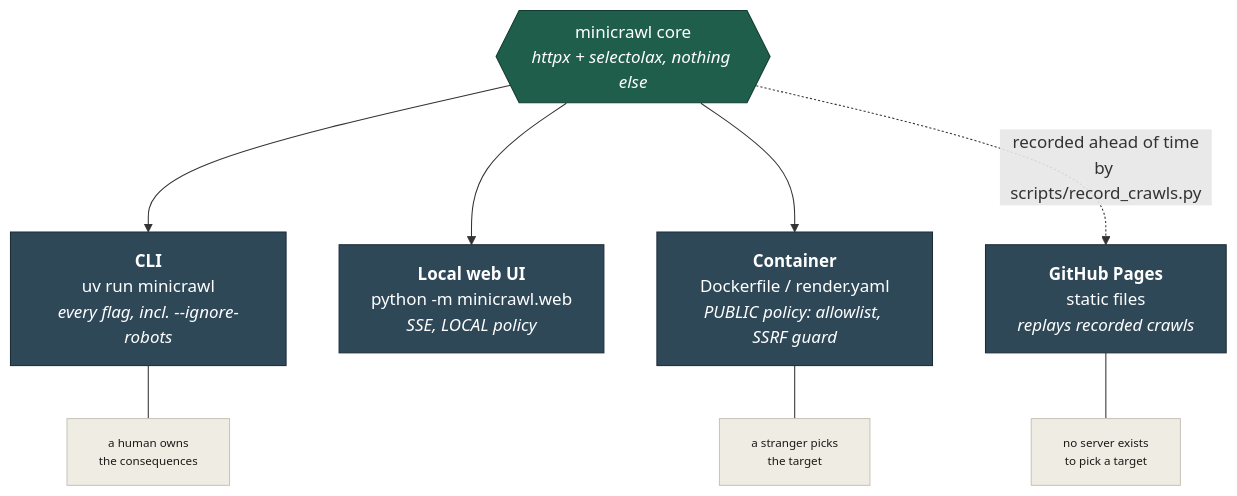
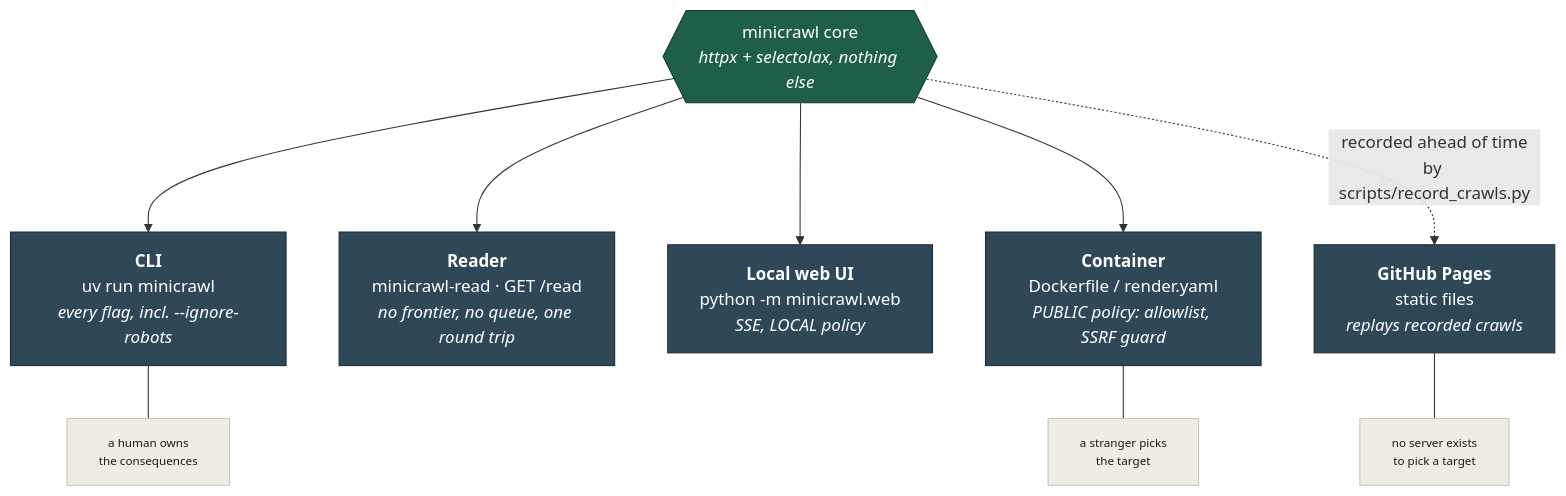
The third of 10 diagrams in docs/design.md (dipan010/minicrawl), drawn with Mermaid before and after one commit. The commit also changed other lines of this file and 11 other files, not shown here.

````diff
--- a/docs/design.md
+++ b/docs/design.md
@@ -118,20 +118,21 @@
 ```mermaid
 flowchart TB
   CORE{{"minicrawl core<br/><i>httpx + selectolax, nothing else</i>"}}:::core
 
   CLI["<b>CLI</b><br/>uv run minicrawl<br/><i>every flag, incl. --ignore-robots</i>"]:::v
+  READ["<b>Reader</b><br/>minicrawl-read · GET /read<br/><i>no frontier, no queue, one round trip</i>"]:::v
   WEB["<b>Local web UI</b><br/>python -m minicrawl.web<br/><i>SSE, LOCAL policy</i>"]:::v
   DOCK["<b>Container</b><br/>Dockerfile / render.yaml<br/><i>PUBLIC policy: allowlist, SSRF guard</i>"]:::v
   PAGES["<b>GitHub Pages</b><br/>static files<br/><i>replays recorded crawls</i>"]:::v
 
-  CORE --> CLI & WEB & DOCK
+  CORE --> CLI & READ & WEB & DOCK
   CORE -.->|"recorded ahead of time<br/>by scripts/record_crawls.py"| PAGES
 
   CLI --- N1["a human owns<br/>the consequences"]:::n
   DOCK --- N2["a stranger picks<br/>the target"]:::n
   PAGES --- N3["no server exists<br/>to pick a target"]:::n
 
   classDef core fill:#1f5e4b,stroke:#123c30,color:#fff
   classDef v fill:#2f4858,stroke:#1d2d38,color:#fff
   classDef n fill:#efece4,stroke:#c9c5ba,color:#1a1a17,font-size:11px
 ```
````
